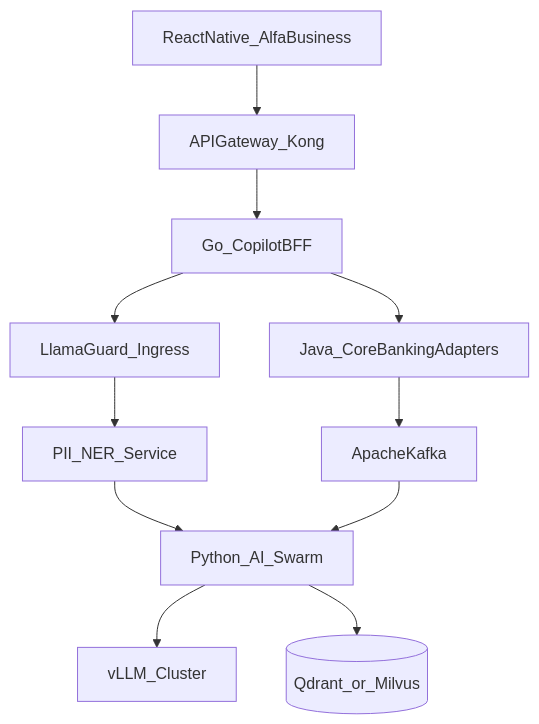
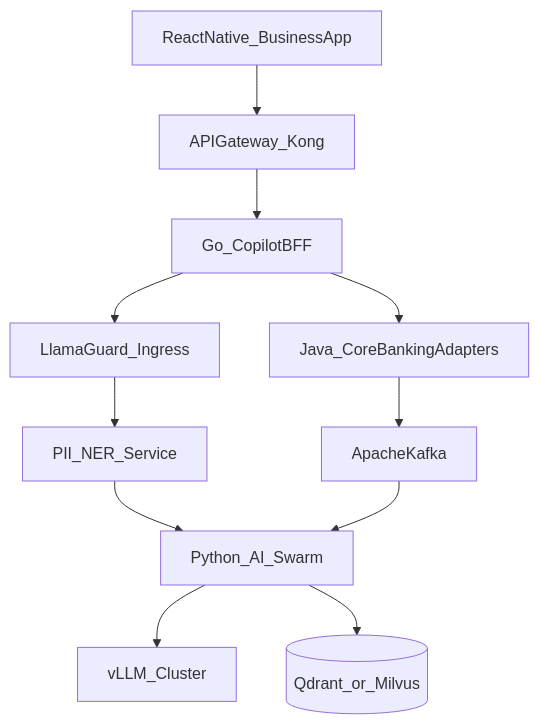
One commit to SeyYestyq/IP_START changed the diagram in docs/architecture/03-production-architecture.md. Above: the diagram before and after it, drawn with Mermaid. The commit also changed other lines of this file and 87 other files, not shown here.

````diff
--- a/docs/architecture/03-production-architecture.md
+++ b/docs/architecture/03-production-architecture.md
@@ -7,23 +7,23 @@
 ```mermaid
 flowchart TB
-  RN[ReactNative_AlfaBusiness]
+  RN[ReactNative_BusinessApp]
   Kong[APIGateway_Kong]
   GoRouter[Go_CopilotBFF]
   AI[Python_AI_Swarm]
   Core[Java_CoreBankingAdapters]
   Kafka[ApacheKafka]
   vLLM[vLLM_Cluster]
   Qdrant[(Qdrant_or_Milvus)]
   NER[PII_NER_Service]
   Guard[LlamaGuard_Ingress]
 
   RN --> Kong --> GoRouter
   GoRouter --> Guard
   Guard --> NER
   NER --> AI
   AI --> vLLM
   AI --> Qdrant
   GoRouter --> Core
   Core --> Kafka
   Kafka --> AI
 ```
````
